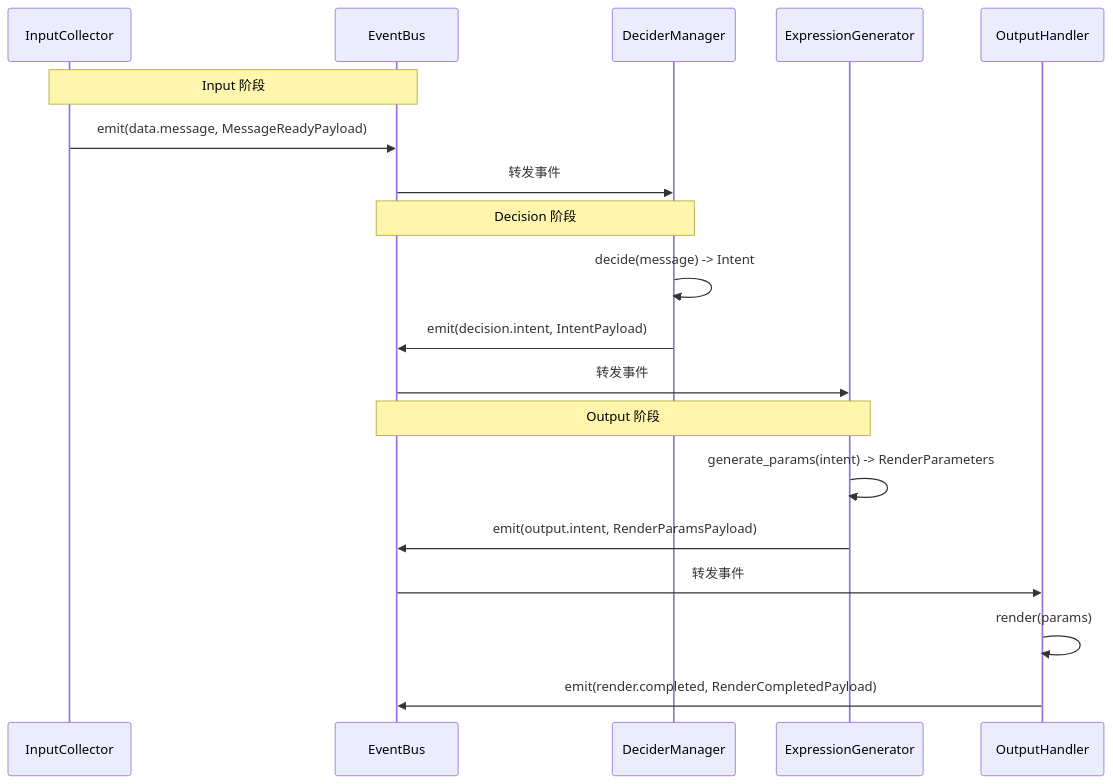
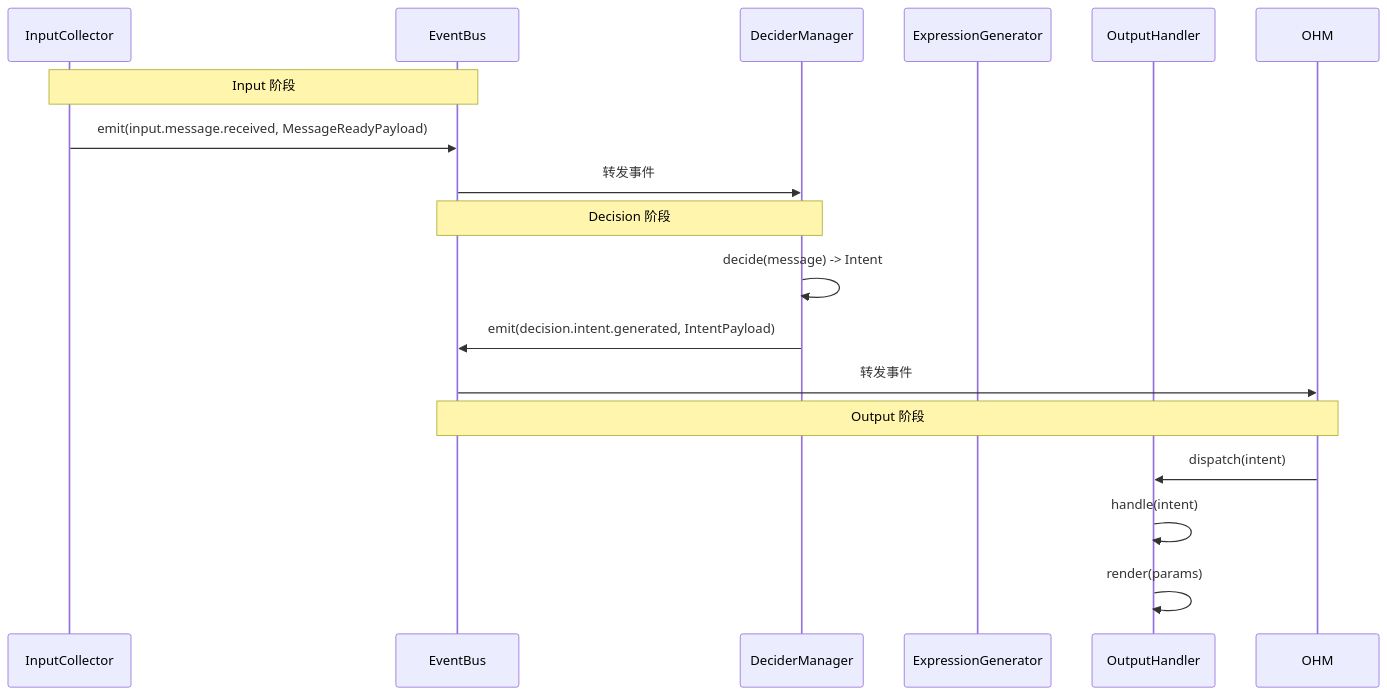
The fourth of 4 diagrams in docs/architecture/event-system.md (Mai-with-u/Amaidesu), drawn with Mermaid before and after one commit. The commit also changed other lines of this file and 4 other files, not shown here.

````diff
--- a/docs/architecture/event-system.md
+++ b/docs/architecture/event-system.md
@@ -498,28 +473,25 @@
 ```mermaid
 sequenceDiagram
     participant IP as InputCollector
     participant EB as EventBus
     participant DM as DeciderManager
     participant EG as ExpressionGenerator
     participant OP as OutputHandler
 
     Note over IP,EB: Input 阶段
 
-    IP->>EB: emit(data.message, MessageReadyPayload)
+    IP->>EB: emit(input.message.received, MessageReadyPayload)
     EB->>DM: 转发事件
 
     Note over DM,EB: Decision 阶段
 
     DM->>DM: decide(message) -> Intent
-    DM->>EB: emit(decision.intent, IntentPayload)
-    EB->>EG: 转发事件
+    DM->>EB: emit(decision.intent.generated, IntentPayload)
+    EB->>OHM: 转发事件
 
-    Note over EG,EB: Output 阶段
+    Note over OHM,EB: Output 阶段
 
-    EG->>EG: generate_params(intent) -> RenderParameters
-    EG->>EB: emit(output.intent, RenderParamsPayload)
-    EB->>OP: 转发事件
-
+    OHM->>OP: dispatch(intent)  # 订阅 output.intent.dispatched
+    OP->>OP: handle(intent)
     OP->>OP: render(params)
-    OP->>EB: emit(render.completed, RenderCompletedPayload)
 ```
````
